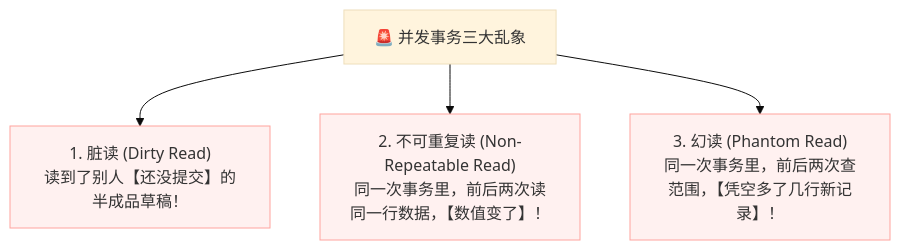
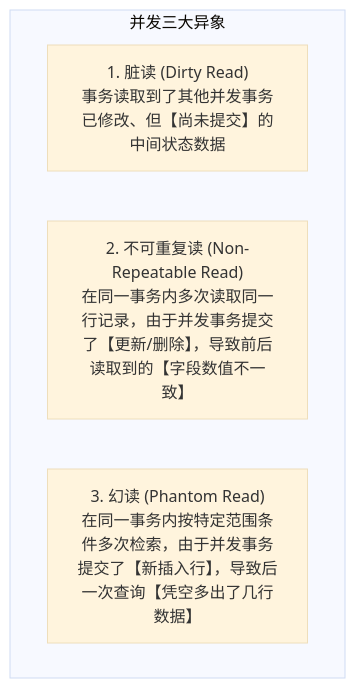
Before and after one commit to GuoWWWX/knowledge-base: the second of 5 diagrams in 20-Java后端/05-数据库与存储/02-事务与隔离级别.md, drawn with Mermaid (base theme). The commit also changed other lines of this file and 234 other files, not shown here.

````diff
--- a/20-Java后端/05-数据库与存储/02-事务与隔离级别.md
+++ b/20-Java后端/05-数据库与存储/02-事务与隔离级别.md
@@ -44,9 +50,8 @@
 ```mermaid
 flowchart TD
-    classDef bad fill:#fff1f0,stroke:#ffa39e,stroke-width:1px;
-
-    Disaster["🚨 并发事务三大乱象"]
-    Disaster --> D1["1. 脏读 (Dirty Read)<br/>读到了别人【还没提交】的半成品草稿！"]:::bad
-    Disaster --> D2["2. 不可重复读 (Non-Repeatable Read)<br/>同一次事务里，前后两次读同一行数据，【数值变了】！"]:::bad
-    Disaster --> D3["3. 幻读 (Phantom Read)<br/>同一次事务里，前后两次查范围，【凭空多了几行新记录】！"]:::bad
+    subgraph 并发三大异象
+        D1["1. 脏读 (Dirty Read)<br/>事务读取到了其他并发事务已修改、但【尚未提交】的中间状态数据"]
+        D2["2. 不可重复读 (Non-Repeatable Read)<br/>在同一事务内多次读取同一行记录，由于并发事务提交了【更新/删除】，导致前后读取到的【字段数值不一致】"]
+        D3["3. 幻读 (Phantom Read)<br/>在同一事务内按特定范围条件多次检索，由于并发事务提交了【新插入行】，导致后一次查询【凭空多出了几行数据】"]
+    end
 ```
````
